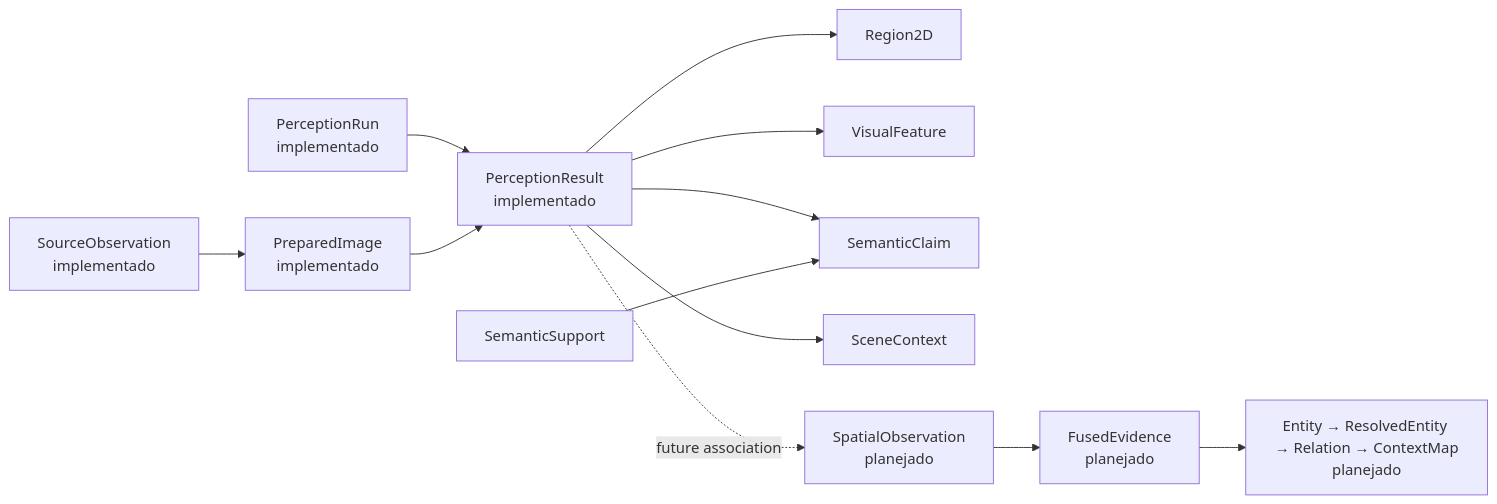
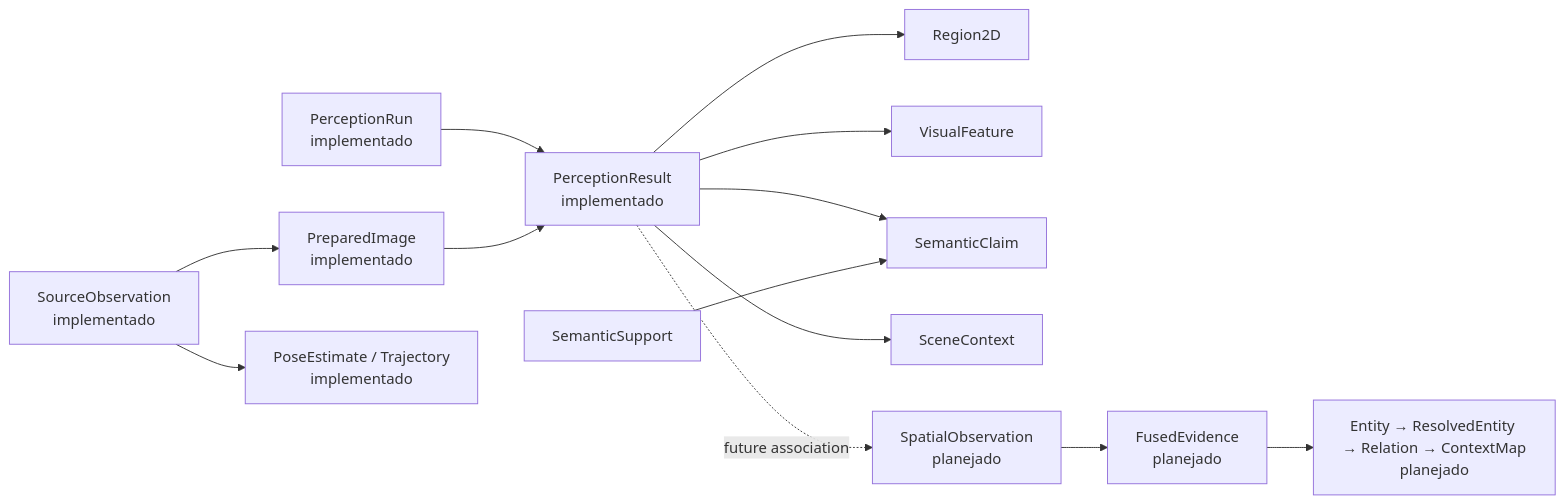
One commit to Alexandre-Tortoza/contextmap2 changed the first of 4 diagrams in docs/CONTRACTS.md. Above: the diagram before and after it, drawn with Mermaid. The commit also changed other lines of this file and 5 other files, not shown here.

````diff
--- a/docs/CONTRACTS.md
+++ b/docs/CONTRACTS.md
@@ -22,14 +22,15 @@
 ```mermaid
 flowchart LR
     SO["SourceObservation<br/>implementado"] --> PI["PreparedImage<br/>implementado"]
     RUN["PerceptionRun<br/>implementado"] --> PR["PerceptionResult<br/>implementado"]
     PI --> PR
     PR --> R["Region2D"]
     PR --> VF["VisualFeature"]
     PR --> SC["SemanticClaim"]
     PR --> CTX["SceneContext"]
     SS["SemanticSupport"] --> SC
+    SO --> PE["PoseEstimate / Trajectory<br/>implementado"]
     PR -. future association .-> SP["SpatialObservation<br/>planejado"]
     SP --> FE["FusedEvidence<br/>planejado"]
     FE --> E["Entity → ResolvedEntity → Relation → ContextMap<br/>planejado"]
 ```
````
